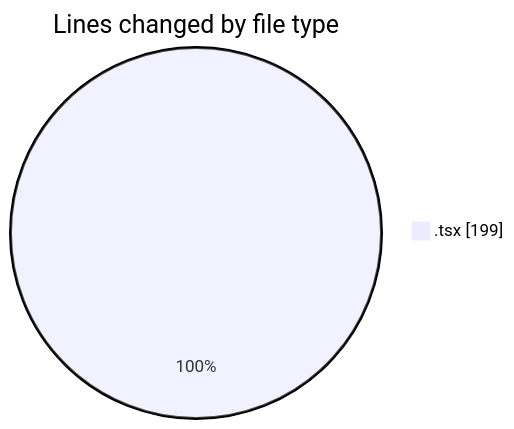
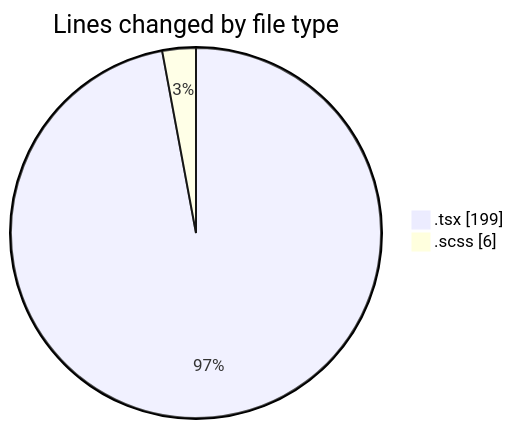
Before and after one commit to momahboobian/code-tracking: the first of 2 diagrams in 2026-04-10/cda/README.md, drawn with Mermaid. The commit also changed other lines of this file and 1 other file, not shown here.

````diff
--- a/2026-04-10/cda/README.md
+++ b/2026-04-10/cda/README.md
@@ -20,5 +21,6 @@
 ```mermaid
 pie showData
 title Lines changed by file type
 ".tsx" : 199
+".scss" : 6
 ```
````
